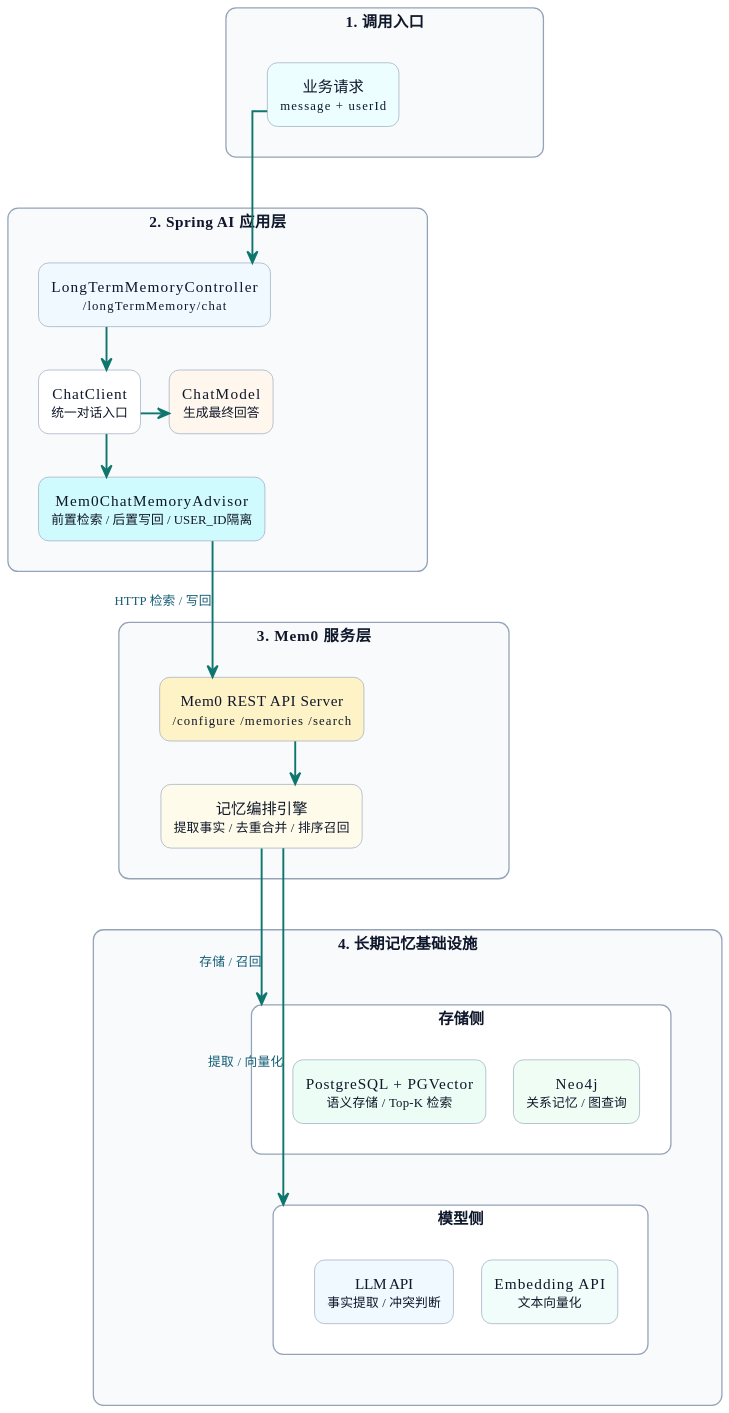
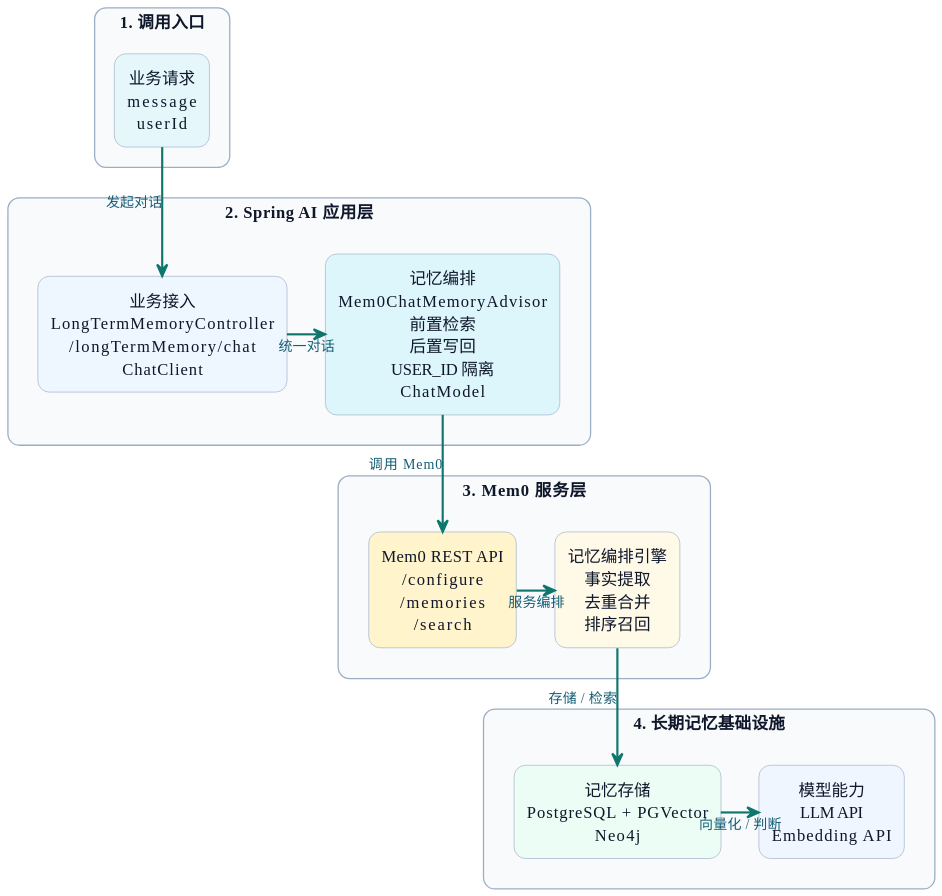
One commit to shining-stars-l/javaup changed the first of 2 diagrams in docs/55-超级智能体/35-会话记忆的详细设计/05-Spring AI集成Mem0长期记忆实战.md. Above: the diagram before and after it, drawn with PlantUML.

Commit message:
添加记忆会话的内容

````diff
--- a/docs/55-超级智能体/35-会话记忆的详细设计/05-Spring AI集成Mem0长期记忆实战.md
+++ b/docs/55-超级智能体/35-会话记忆的详细设计/05-Spring AI集成Mem0长期记忆实战.md
@@ -21,98 +21,65 @@
 top to bottom direction
 skinparam backgroundColor transparent
 skinparam shadowing false
-skinparam roundcorner 16
+skinparam roundcorner 18
 skinparam defaultFontName "Microsoft YaHei"
-skinparam defaultFontSize 12
+skinparam defaultFontSize 13
 skinparam defaultTextAlignment center
 skinparam linetype ortho
-skinparam nodesep 22
-skinparam ranksep 34
+skinparam nodesep 30
+skinparam ranksep 44
 skinparam dpi 170
 skinparam packageStyle rectangle
 skinparam ArrowColor #0F766E
-skinparam ArrowThickness 1.5
+skinparam ArrowThickness 1.7
 skinparam ArrowFontColor #155E75
-skinparam ArrowFontSize 10
+skinparam ArrowFontSize 11
 
 skinparam package {
-  BorderColor #CBD5E1
+  BorderColor #A8B8CC
   BackgroundColor #F8FAFC
-  FontColor #164E63
+  FontColor #0F172A
   FontStyle bold
+  FontSize 14
+}
+
+skinparam rectangle {
+  BorderColor #9AAEC4
+  BackgroundColor #FFFFFF
+  FontColor #0F172A
   FontSize 13
 }
 
-skinparam rectangle {
-  BorderColor #94A3B8
-  BackgroundColor #FFFFFF
-  FontColor #0F172A
-  FontSize 12
-}
-
-skinparam rectangle<<spacer>> {
-  BorderColor transparent
-  BackgroundColor transparent
-  FontColor transparent
-}
-
 package "1. 调用入口" as L0 #F8FAFC {
-  rectangle "业务请求\n<size:10>message + userId</size>" as USER #ECFEFF
-  rectangle "<size:1>pad pad pad pad pad pad</size>" as S0 <<spacer>>
-  USER -[hidden]right-> S0
+  rectangle "业务请求\nmessage\nuserId" as USER #E6F7FB
 }
 
 package "2. Spring AI 应用层" as L1 #F8FAFC {
-  rectangle "LongTermMemoryController\n<size:10>/longTermMemory/chat</size>" as CTRL #F0F9FF
-  rectangle "ChatClient\n<size:10>统一对话入口</size>" as CC #FFFFFF
-  rectangle "Mem0ChatMemoryAdvisor\n<size:10>前置检索 / 后置写回 / USER_ID隔离</size>" as ADV #CFFAFE
-  rectangle "ChatModel\n<size:10>生成最终回答</size>" as CM #FFF7ED
-  rectangle "<size:1>pad pad pad pad pad pad pad</size>" as S1 <<spacer>>
-
-  CTRL -[hidden]down-> CC
-  CC -[hidden]down-> ADV
-  CC -[hidden]right-> CM
-  CM -[hidden]right-> S1
+  together {
+    rectangle "业务接入\nLongTermMemoryController\n/longTermMemory/chat\nChatClient" as APP_IN #EEF6FF
+    rectangle "记忆编排\nMem0ChatMemoryAdvisor\n前置检索\n后置写回\nUSER_ID 隔离\nChatModel" as APP_CORE #DDF6FC
+  }
 }
 
 package "3. Mem0 服务层" as L2 #F8FAFC {
-  rectangle "Mem0 REST API Server\n<size:10>/configure /memories /search</size>" as API #FEF3C7
-  rectangle "记忆编排引擎\n<size:10>提取事实 / 去重合并 / 排序召回</size>" as ENGINE #FFFBEB
-  rectangle "<size:1>pad pad pad pad pad pad pad</size>" as S2 <<spacer>>
-
-  API -[hidden]down-> ENGINE
-  API -[hidden]right-> S2
+  together {
+    rectangle "Mem0 REST API\n/configure\n/memories\n/search" as API #FFF4CC
+    rectangle "记忆编排引擎\n事实提取\n去重合并\n排序召回" as ENGINE #FFF9E8
+  }
 }
 
 package "4. 长期记忆基础设施" as L3 #F8FAFC {
-  package "存储侧" as STORE #FFFFFF {
-    rectangle "PostgreSQL + PGVector\n<size:10>语义存储 / Top-K 检索</size>" as PG #ECFDF5
-    rectangle "Neo4j\n<size:10>关系记忆 / 图查询</size>" as NEO #F0FDF4
-    PG -[hidden]right-> NEO
+  together {
+    rectangle "记忆存储\nPostgreSQL + PGVector\nNeo4j" as STORE #ECFDF5
+    rectangle "模型能力\nLLM API\nEmbedding API" as MODEL #EFF6FF
   }
-
-  package "模型侧" as MODEL #FFFFFF {
-    rectangle "LLM API\n<size:10>事实提取 / 冲突判断</size>" as LLM #F0F9FF
-    rectangle "Embedding API\n<size:10>文本向量化</size>" as EMB #F0FDFA
-    LLM -[hidden]right-> EMB
-  }
-
-  rectangle "<size:1>pad pad pad pad pad</size>" as S3 <<spacer>>
-  STORE -[hidden]down-> MODEL
-  STORE -[hidden]right-> S3
 }
 
-L0 -[hidden]down-> L1
-L1 -[hidden]down-> L2
-L2 -[hidden]down-> L3
-
-USER -down-> CTRL
-CTRL -down-> CC
-CC -down-> ADV
-CC -right-> CM
-ADV -down-> API : HTTP 检索 / 写回
-API -down-> ENGINE
-ENGINE -down-> STORE : 存储 / 召回
-ENGINE -down-> MODEL : 提取 / 向量化
+USER -down-> APP_IN : 发起对话
+APP_IN -right-> APP_CORE : 统一对话
+APP_CORE -down-> API : 调用 Mem0
+API -right-> ENGINE : 服务编排
+ENGINE -down-> STORE : 存储 / 检索
+STORE -right-> MODEL : 向量化 / 判断
 @enduml
 ```
````
